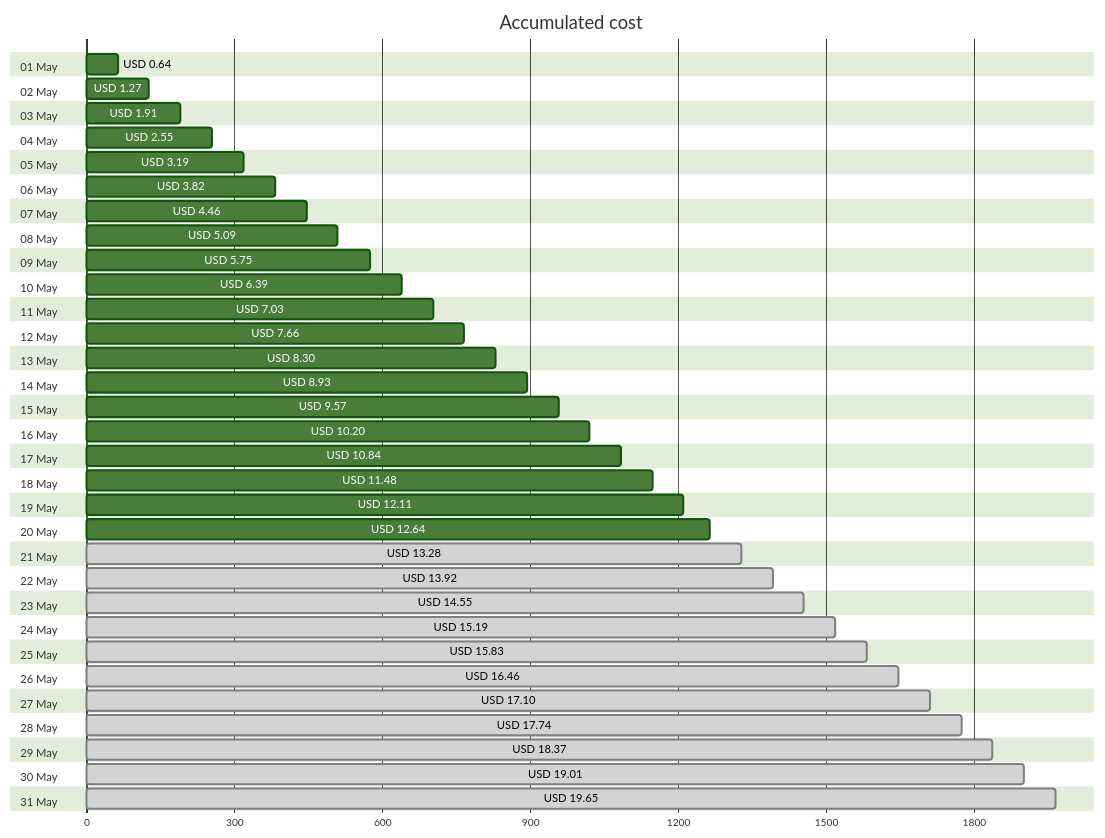
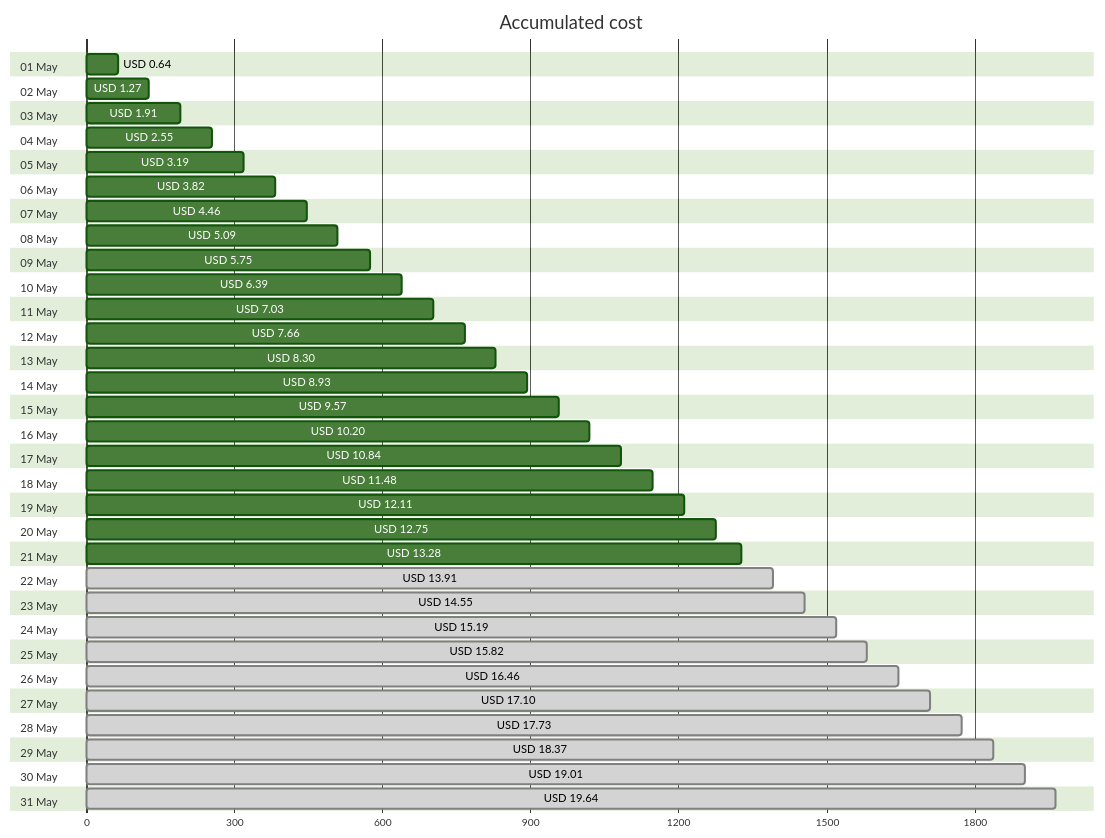
One commit to jpfulton/azure-personal-reports changed the first of 4 diagrams in cost-reports/accumulated-cost.md. Above: the diagram before and after it, drawn with Mermaid (forest theme). The commit also changed other lines of this file and 4 other files, not shown here.

````diff
--- a/cost-reports/accumulated-cost.md
+++ b/cost-reports/accumulated-cost.md
@@ -20,68 +20,68 @@
 ```mermaid
 gantt
    title Accumulated cost
    dateFormat  X
    axisFormat %s
    section 01 May
    USD 0.64 :0, 64
    section 02 May
    USD 1.27 :0, 127
    section 03 May
    USD 1.91 :0, 191
    section 04 May
    USD 2.55 :0, 255
    section 05 May
    USD 3.19 :0, 319
    section 06 May
    USD 3.82 :0, 382
    section 07 May
    USD 4.46 :0, 446
    section 08 May
    USD 5.09 :0, 509
    section 09 May
    USD 5.75 :0, 575
    section 10 May
    USD 6.39 :0, 639
    section 11 May
    USD 7.03 :0, 703
    section 12 May
    USD 7.66 :0, 766
    section 13 May
    USD 8.30 :0, 830
    section 14 May
    USD 8.93 :0, 893
    section 15 May
    USD 9.57 :0, 957
    section 16 May
    USD 10.20 :0, 1020
    section 17 May
    USD 10.84 :0, 1084
    section 18 May
    USD 11.48 :0, 1148
    section 19 May
    USD 12.11 :0, 1211
    section 20 May
-   USD 12.64 :0, 1264
+   USD 12.75 :0, 1275
    section 21 May
-   USD 13.28 : done, 0, 1328
+   USD 13.28 :0, 1328
    section 22 May
-   USD 13.92 : done, 0, 1392
+   USD 13.91 : done, 0, 1391
    section 23 May
    USD 14.55 : done, 0, 1455
    section 24 May
    USD 15.19 : done, 0, 1519
    section 25 May
-   USD 15.83 : done, 0, 1583
+   USD 15.82 : done, 0, 1582
    section 26 May
    USD 16.46 : done, 0, 1646
    section 27 May
    USD 17.10 : done, 0, 1710
    section 28 May
-   USD 17.74 : done, 0, 1774
+   USD 17.73 : done, 0, 1773
    section 29 May
    USD 18.37 : done, 0, 1837
    section 30 May
    USD 19.01 : done, 0, 1901
    section 31 May
-   USD 19.65 : done, 0, 1965
+   USD 19.64 : done, 0, 1964
 ```
````
